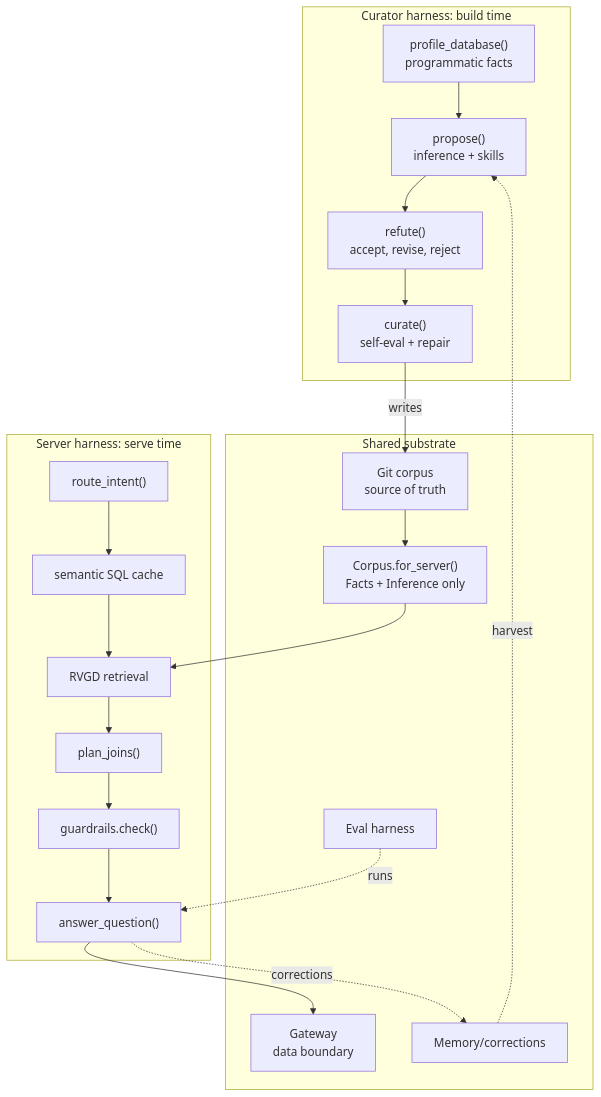
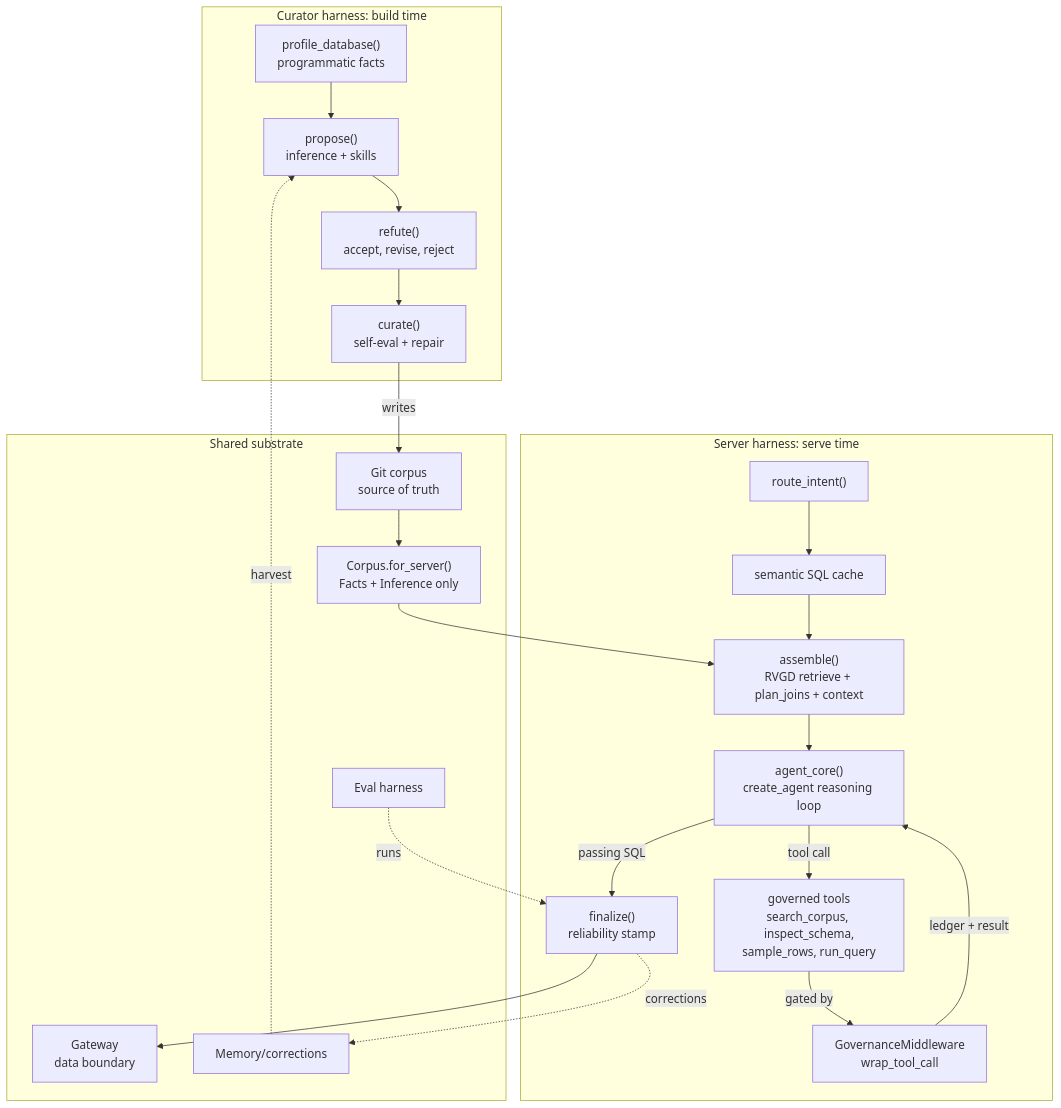
The third of 4 diagrams in docs/diagrams/overview.md (Minhao-Zhang/governed-bi), drawn with Mermaid before and after one commit. The commit also changed other lines of this file and 25 other files, not shown here.

````diff
--- a/docs/diagrams/overview.md
+++ b/docs/diagrams/overview.md
@@ -100,36 +100,41 @@
 ```mermaid
 flowchart TB
     subgraph BuildHarness["Curator harness: build time"]
         Profile["profile_database()<br/>programmatic facts"]
         Proposer["propose()<br/>inference + skills"]
         Adversary["refute()<br/>accept, revise, reject"]
         CurateLoop["curate()<br/>self-eval + repair"]
     end
 
     subgraph ServeHarness["Server harness: serve time"]
         Route["route_intent()"]
         Cache["semantic SQL cache"]
-        Retrieve["RVGD retrieval"]
-        Plan["plan_joins()"]
-        Guard["guardrails.check()"]
-        Answer["answer_question()"]
+        Assemble["assemble()<br/>RVGD retrieve + plan_joins + context"]
+        Agent["agent_core()<br/>create_agent reasoning loop"]
+        Tools["governed tools<br/>search_corpus, inspect_schema,<br/>sample_rows, run_query"]
+        Guard["GovernanceMiddleware<br/>wrap_tool_call"]
+        Answer["finalize()<br/>reliability stamp"]
     end
 
     subgraph SharedSubstrate["Shared substrate"]
         Corpus["Git corpus<br/>source of truth"]
         ServerCorpus["Corpus.for_server()<br/>Facts + Inference only"]
         Gateway["Gateway<br/>data boundary"]
         Eval["Eval harness"]
         Memory["Memory/corrections"]
     end
 
     Profile --> Proposer --> Adversary --> CurateLoop
     CurateLoop -- writes --> Corpus
     Corpus --> ServerCorpus
-    ServerCorpus --> Retrieve
-    Route --> Cache --> Retrieve --> Plan --> Guard --> Answer
+    ServerCorpus --> Assemble
+    Route --> Cache --> Assemble --> Agent
+    Agent -- tool call --> Tools
+    Tools -- gated by --> Guard
+    Guard -- ledger + result --> Agent
+    Agent -- passing SQL --> Answer
     Answer --> Gateway
     Eval -. runs .-> Answer
     Answer -. corrections .-> Memory
     Memory -. harvest .-> Proposer
 ```
````
